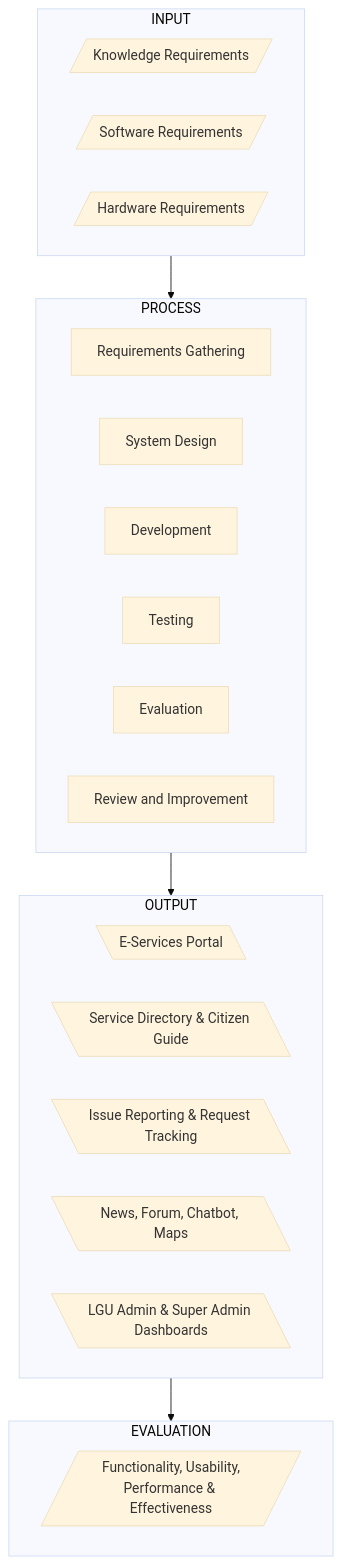
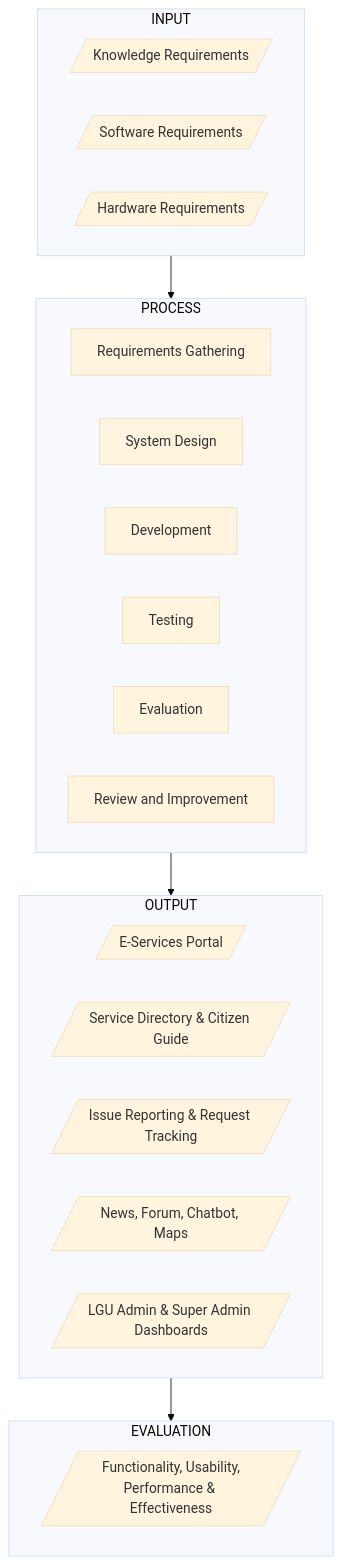
One commit to Jechrispotato/Refractor changed the first of 33 diagrams in Manuscript/diagrams.md. Above: the diagram before and after it, drawn with Mermaid (base theme). The commit also changed other lines of this file and 2 other files, not shown here.

````diff
--- a/Manuscript/diagrams.md
+++ b/Manuscript/diagrams.md
@@ -4,32 +4,32 @@
 ```mermaid
 flowchart TB
     subgraph Input["INPUT"]
         I1[/Knowledge Requirements/]
         I2[/Software Requirements/]
         I3[/Hardware Requirements/]
     end
 
     subgraph Process["PROCESS"]
         P1[Requirements Gathering]
         P2[System Design]
         P3[Development]
         P4[Testing]
         P5[Evaluation]
         P6[Review and Improvement]
     end
 
     subgraph Output["OUTPUT"]
-        O1[\E-Services Portal\]
-        O2[\Service Directory & Citizen Guide\]
-        O3[\Issue Reporting & Request Tracking\]
-        O4[\News, Forum, Chatbot, Maps\]
-        O5[\LGU Admin & Super Admin Dashboards\]
+        O1[/E-Services Portal/]
+        O2[/Service Directory & Citizen Guide/]
+        O3[/Issue Reporting & Request Tracking/]
+        O4[/News, Forum, Chatbot, Maps/]
+        O5[/LGU Admin & Super Admin Dashboards/]
     end
 
     subgraph Evaluation["EVALUATION"]
         E1[/Functionality, Usability,
 Performance & Effectiveness/]
     end
 
     Input --> Process --> Output --> Evaluation
 ```
````
